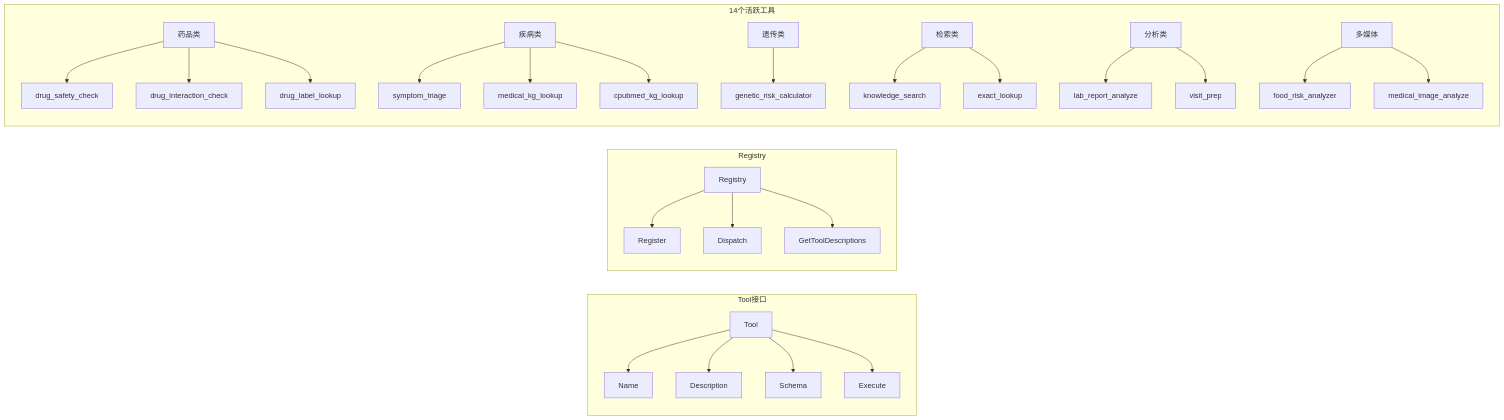
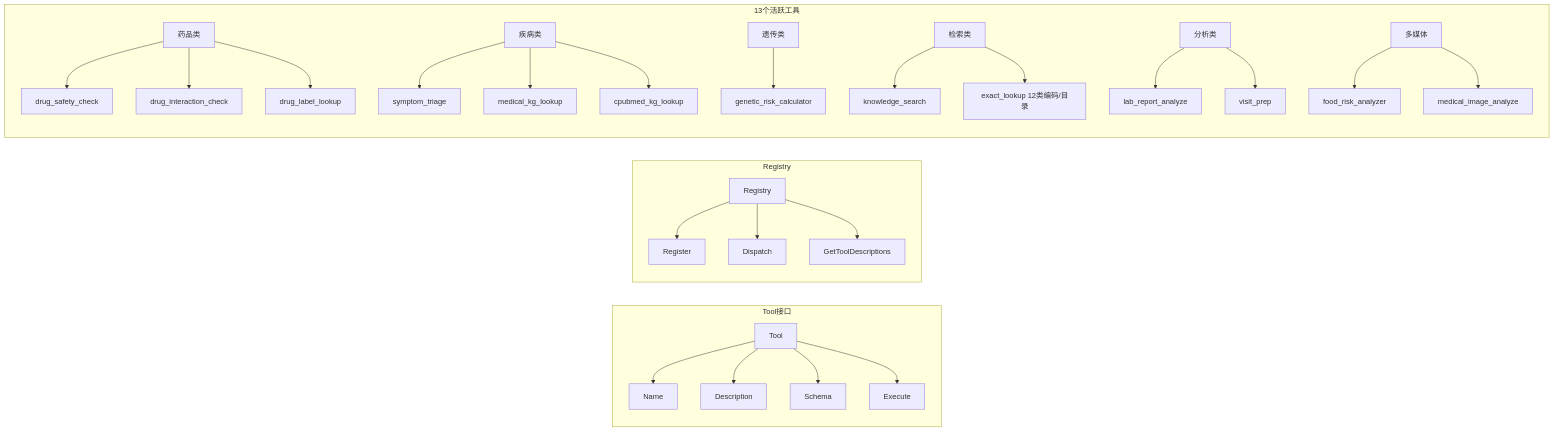
The third of 7 diagrams in docs/architecture.md (deep2code/doctor-agent), drawn with Mermaid before and after one commit. The commit also changed other lines of this file and 101 other files, not shown here.

````diff
--- a/docs/architecture.md
+++ b/docs/architecture.md
@@ -132,36 +138,36 @@
 ```mermaid
 graph LR
     subgraph "Tool接口"
         A[Tool] --> B[Name]
         A --> C[Description]
         A --> D[Schema]
         A --> E[Execute]
     end
 
     subgraph "Registry"
         F[Registry] --> G[Register]
         F --> H[Dispatch]
         F --> I[GetToolDescriptions]
     end
 
-    subgraph "14个活跃工具"
+    subgraph "13个活跃工具"
         J[药品类] --> J1[drug_safety_check]
         J --> J2[drug_interaction_check]
         J --> J3[drug_label_lookup]
 
         K[疾病类] --> K1[symptom_triage]
         K --> K2[medical_kg_lookup]
         K --> K3[cpubmed_kg_lookup]
 
         L[遗传类] --> L1[genetic_risk_calculator]
 
         M[检索类] --> M1[knowledge_search]
-        M --> M2[exact_lookup]
+        M --> M2[exact_lookup 12类编码/目录]
 
         N[分析类] --> N1[lab_report_analyze]
         N --> N2[visit_prep]
 
         O[多媒体] --> O1[food_risk_analyzer]
         O --> O2[medical_image_analyze]
     end
 ```
````
